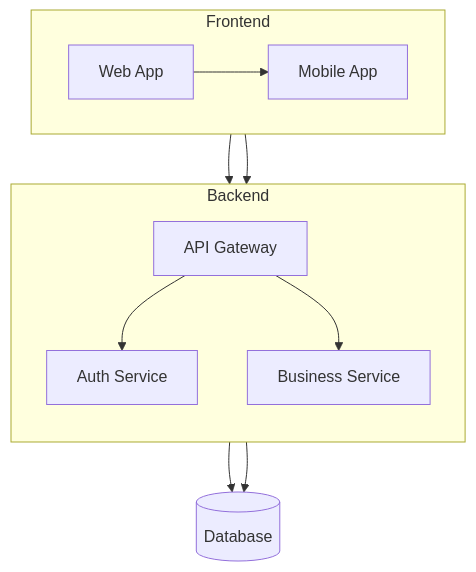
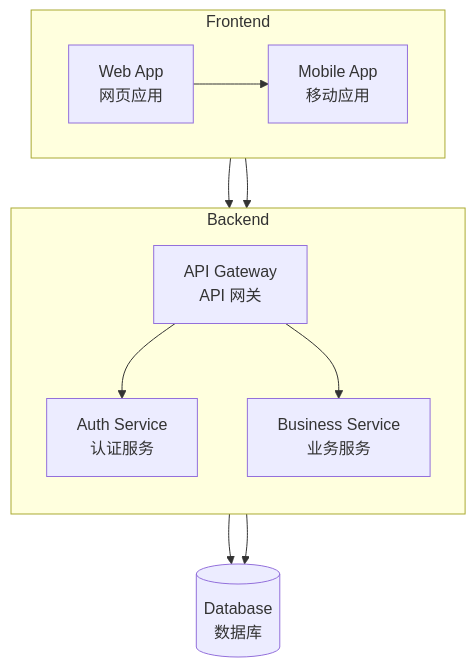
One commit to o7z/zdoc changed the third of 19 diagrams in docs/guide/authoring/mermaid.md. Above: the diagram before and after it, drawn with Mermaid. The commit also changed 5 other files, not shown here.

Commit message:
fix: various improvements and lock file migration - Remove bun.lock, migrate to pnpm - Fix mermaid rendering issues - App CSS and config updates - Page layout improvements

````diff
--- a/docs/guide/authoring/mermaid.md
+++ b/docs/guide/authoring/mermaid.md
@@ -37,16 +37,16 @@
 ```mermaid
 flowchart TB
     subgraph Frontend
         direction LR
-        A[Web App] --> B[Mobile App]
+        A["Web App<br/>网页应用"] --> B["Mobile App<br/>移动应用"]
     end
     subgraph Backend
         direction TB
-        C[API Gateway] --> D[Auth Service]
-        C --> E[Business Service]
+        C["API Gateway<br/>API 网关"] --> D["Auth Service<br/>认证服务"]
+        C --> E["Business Service<br/>业务服务"]
     end
     B --> C
     A --> C
-    D --> F[(Database)]
+    D --> F[("Database<br/>数据库")]
     E --> F
 ```
````
